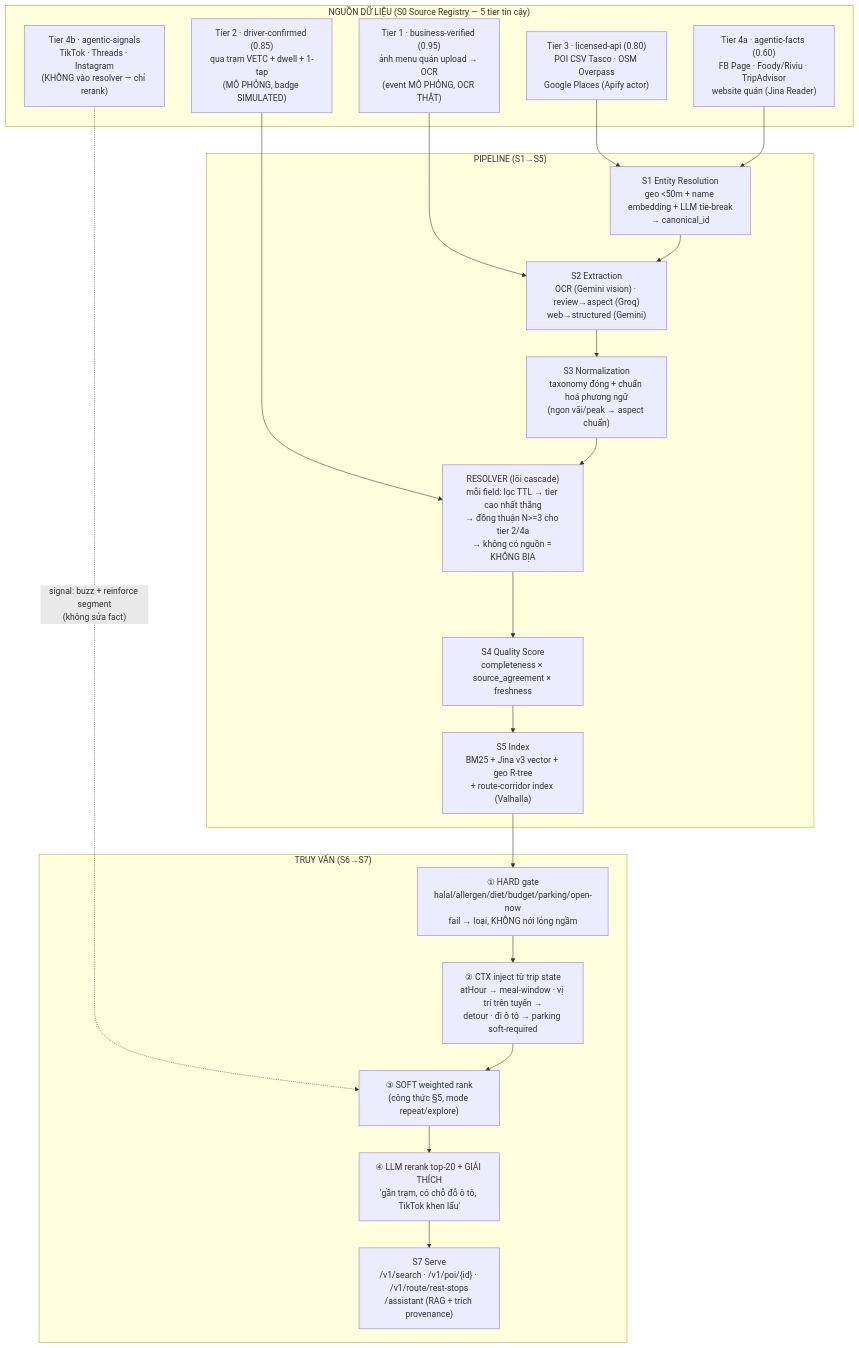
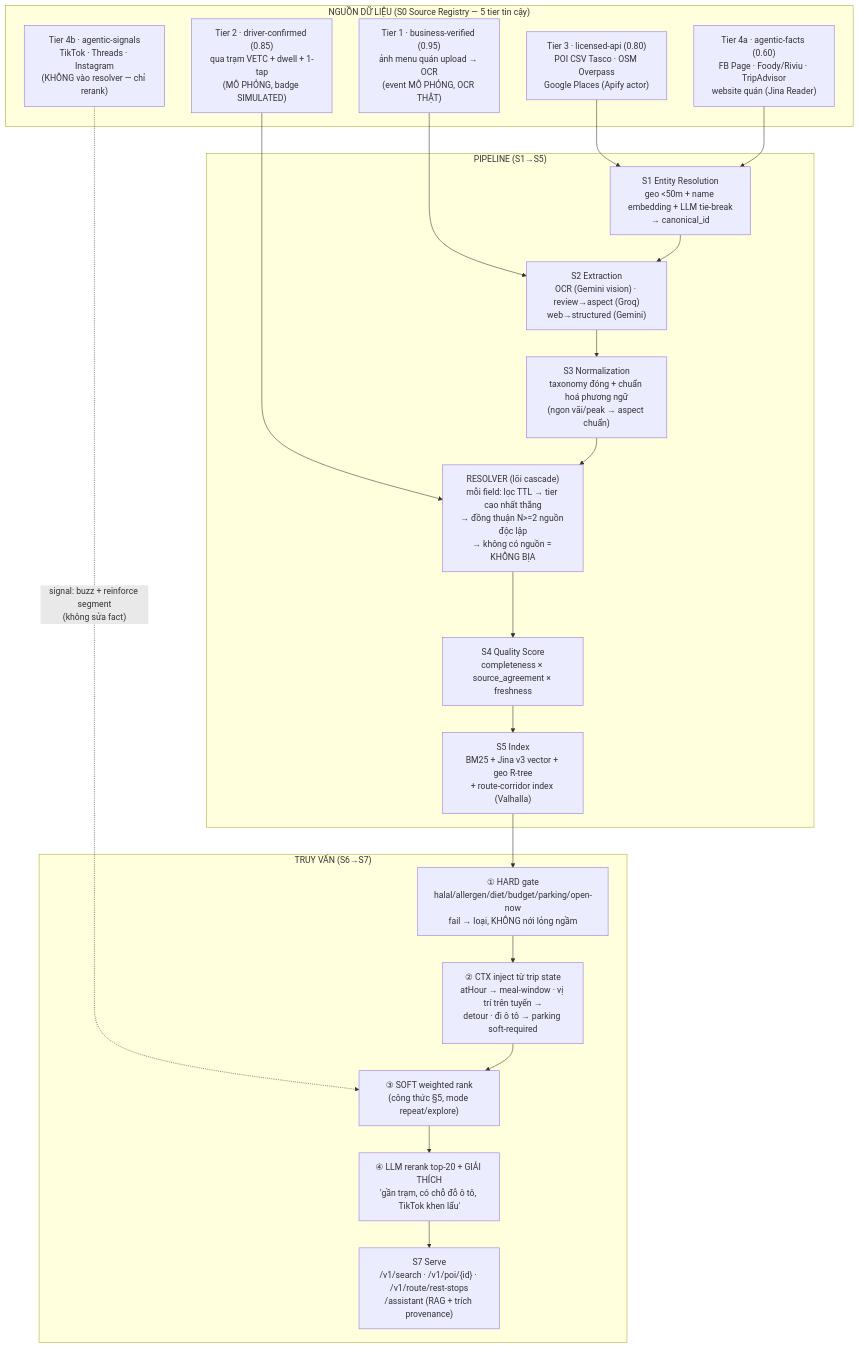
The first of 2 diagrams in resources/engine/SYSTEM_FLOW.md (onlyin32bit/Toi-la-AI-TascoP11-AABW2026), drawn with Mermaid before and after one commit. The commit also changed other lines of this file and 21 other files, not shown here.

````diff
--- a/resources/engine/SYSTEM_FLOW.md
+++ b/resources/engine/SYSTEM_FLOW.md
@@ -19,35 +19,35 @@
 ```mermaid
 flowchart TD
     subgraph INPUT["NGUỒN DỮ LIỆU (S0 Source Registry — 5 tier tin cậy)"]
         T3A["Tier 3 · licensed-api (0.80)\nPOI CSV Tasco · OSM Overpass\nGoogle Places (Apify actor)"]
         T4A["Tier 4a · agentic-facts (0.60)\nFB Page · Foody/Riviu · TripAdvisor\nwebsite quán (Jina Reader)"]
         T4B["Tier 4b · agentic-signals\nTikTok · Threads · Instagram\n(KHÔNG vào resolver — chỉ rerank)"]
         T1["Tier 1 · business-verified (0.95)\nảnh menu quán upload → OCR\n(event MÔ PHỎNG, OCR THẬT)"]
         T2["Tier 2 · driver-confirmed (0.85)\nqua trạm VETC + dwell + 1-tap\n(MÔ PHỎNG, badge SIMULATED)"]
     end
 
     subgraph PIPELINE["PIPELINE (S1→S5)"]
         ER["S1 Entity Resolution\ngeo <50m + name embedding + LLM tie-break\n→ canonical_id"]
         EX["S2 Extraction\nOCR (Gemini vision) · review→aspect (Groq)\nweb→structured (Gemini)"]
         NORM["S3 Normalization\ntaxonomy đóng + chuẩn hoá phương ngữ\n(ngon vãi/peak → aspect chuẩn)"]
-        RES["RESOLVER (lõi cascade)\nmỗi field: lọc TTL → tier cao nhất thắng\n→ đồng thuận N>=3 cho tier 2/4a\n→ không có nguồn = KHÔNG BỊA"]
+        RES["RESOLVER (lõi cascade)\nmỗi field: lọc TTL → tier cao nhất thắng\n→ đồng thuận N>=2 nguồn độc lập\n→ không có nguồn = KHÔNG BỊA"]
         QS["S4 Quality Score\ncompleteness × source_agreement × freshness"]
         IDX["S5 Index\nBM25 + Jina v3 vector + geo R-tree\n+ route-corridor index (Valhalla)"]
     end
 
     subgraph SERVE["TRUY VẤN (S6→S7)"]
         GATE["① HARD gate\nhalal/allergen/diet/budget/parking/open-now\nfail → loại, KHÔNG nới lỏng ngầm"]
         CTX["② CTX inject từ trip state\natHour → meal-window · vị trí trên tuyến →\ndetour · đi ô tô → parking soft-required"]
         SOFT["③ SOFT weighted rank\n(công thức §5, mode repeat/explore)"]
         LLMR["④ LLM rerank top-20 + GIẢI THÍCH\n'gần trạm, có chỗ đỗ ô tô, TikTok khen lẩu'"]
         OUT["S7 Serve\n/v1/search · /v1/poi/{id} · /v1/route/rest-stops\n/assistant (RAG + trích provenance)"]
     end
 
     T3A --> ER
     T4A --> ER
     T1 --> EX
     T2 --> RES
     ER --> EX --> NORM --> RES --> QS --> IDX
     T4B -.->|"signal: buzz + reinforce segment\n(không sửa fact)"| SOFT
     IDX --> GATE --> CTX --> SOFT --> LLMR --> OUT
 ```
````
